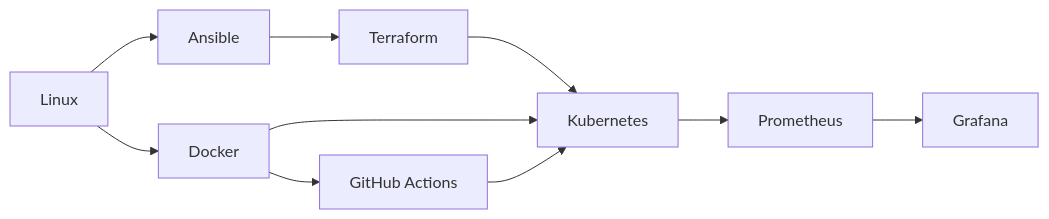
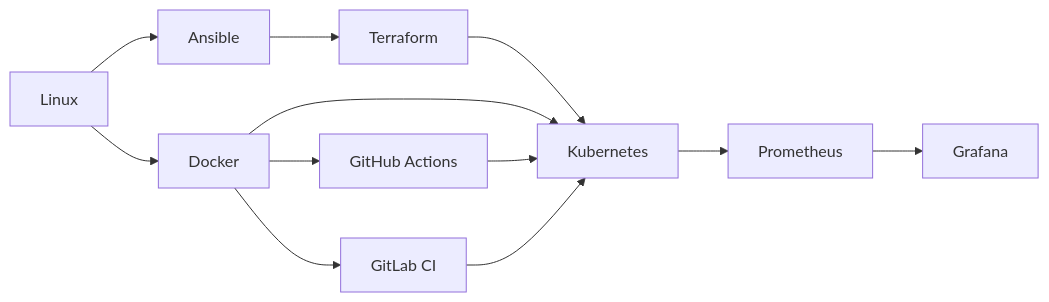
Before and after one commit to deepakv30/devops-mastery-guide: the diagram in README.md, drawn with Mermaid. The commit also changed other lines of this file, not shown here.

````diff
--- a/README.md
+++ b/README.md
@@ -22,12 +22,14 @@
 ```mermaid
 flowchart LR
   Linux[Linux] --> Ansible[Ansible]
   Linux --> Docker[Docker]
   Docker --> K8s[Kubernetes]
   Ansible --> TF[Terraform]
   TF --> K8s
   Docker --> GHA[GitHub Actions]
+  Docker --> GL[GitLab CI]
   GHA --> K8s
+  GL --> K8s
   K8s --> Prom[Prometheus]
   Prom --> Graf[Grafana]
 ```
````
